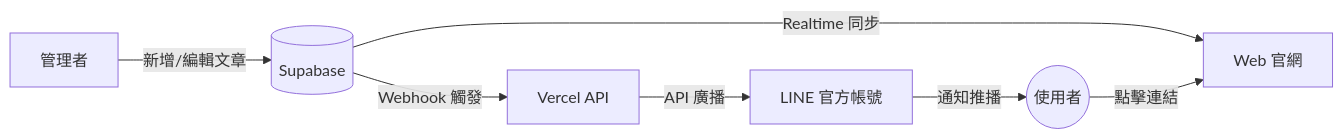
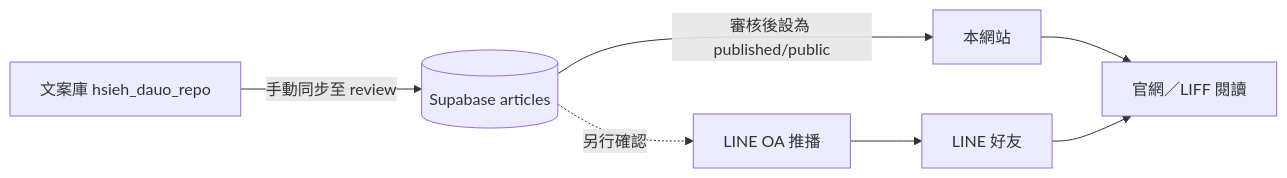
The diagram in README.md (bioitrust0414-collab/hsieh_daou_v1), drawn with Mermaid before and after one commit. The commit also changed other lines of this file, not shown here.

Commit message:
docs: clarify website content publication architecture

````diff
--- a/README.md
+++ b/README.md
@@ -41,9 +37,9 @@
 ```mermaid
-graph LR
-    Admin[管理者] -->|新增/編輯文章| DB[(Supabase)]
-    DB -->|Realtime 同步| Web[Web 官網]
-    DB -->|Webhook 觸發| Webhook[Vercel API]
-    Webhook -->|API 廣播| LINE[LINE 官方帳號]
-    LINE -->|通知推播| User((使用者))
-    User -->|點擊連結| Web
+flowchart LR
+  A[文案庫 hsieh_dauo_repo] -->|手動同步至 review| B[(Supabase articles)]
+  B -->|審核後設為 published/public| C[本網站]
+  C --> D[官網／LIFF 閱讀]
+  B -.另行確認.-> E[LINE OA 推播]
+  E --> F[LINE 好友]
+  F --> D
 ```
````
